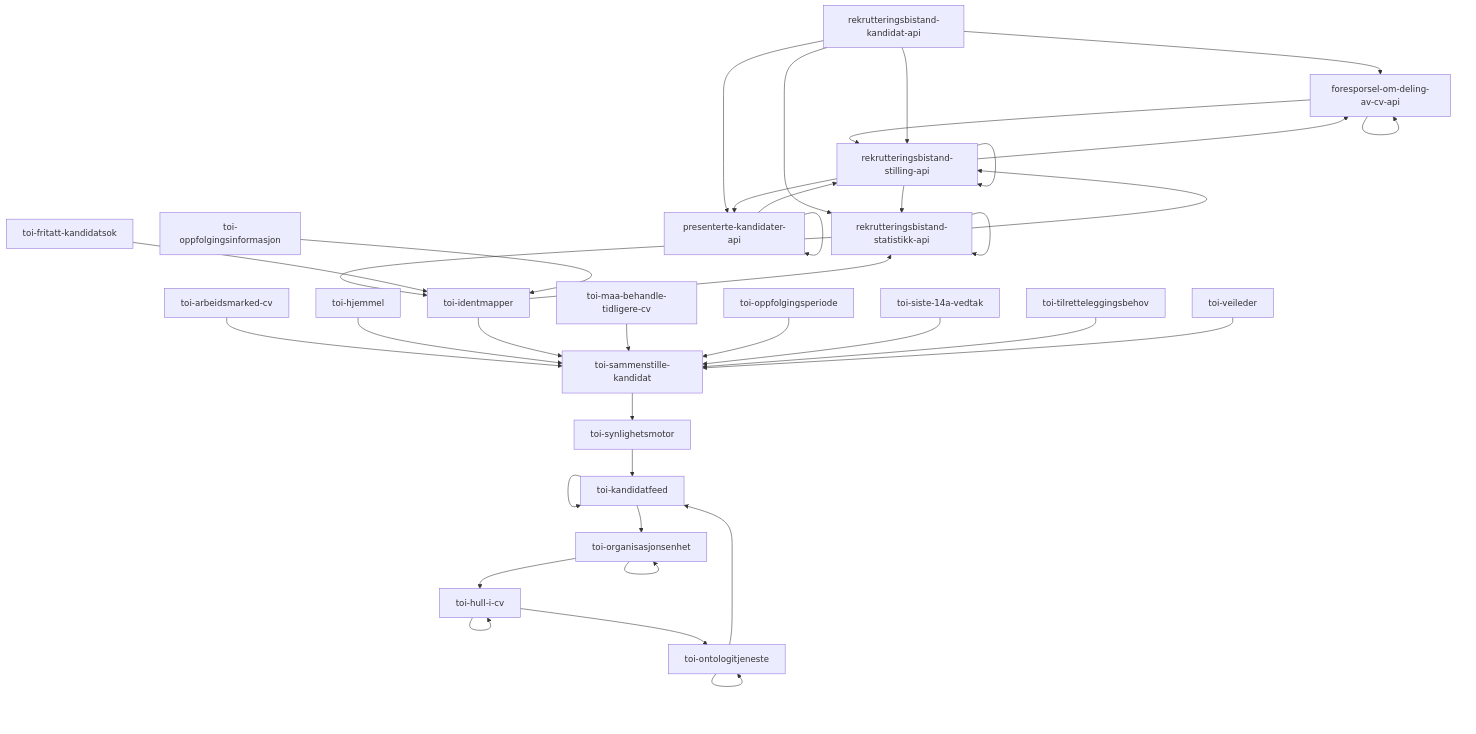
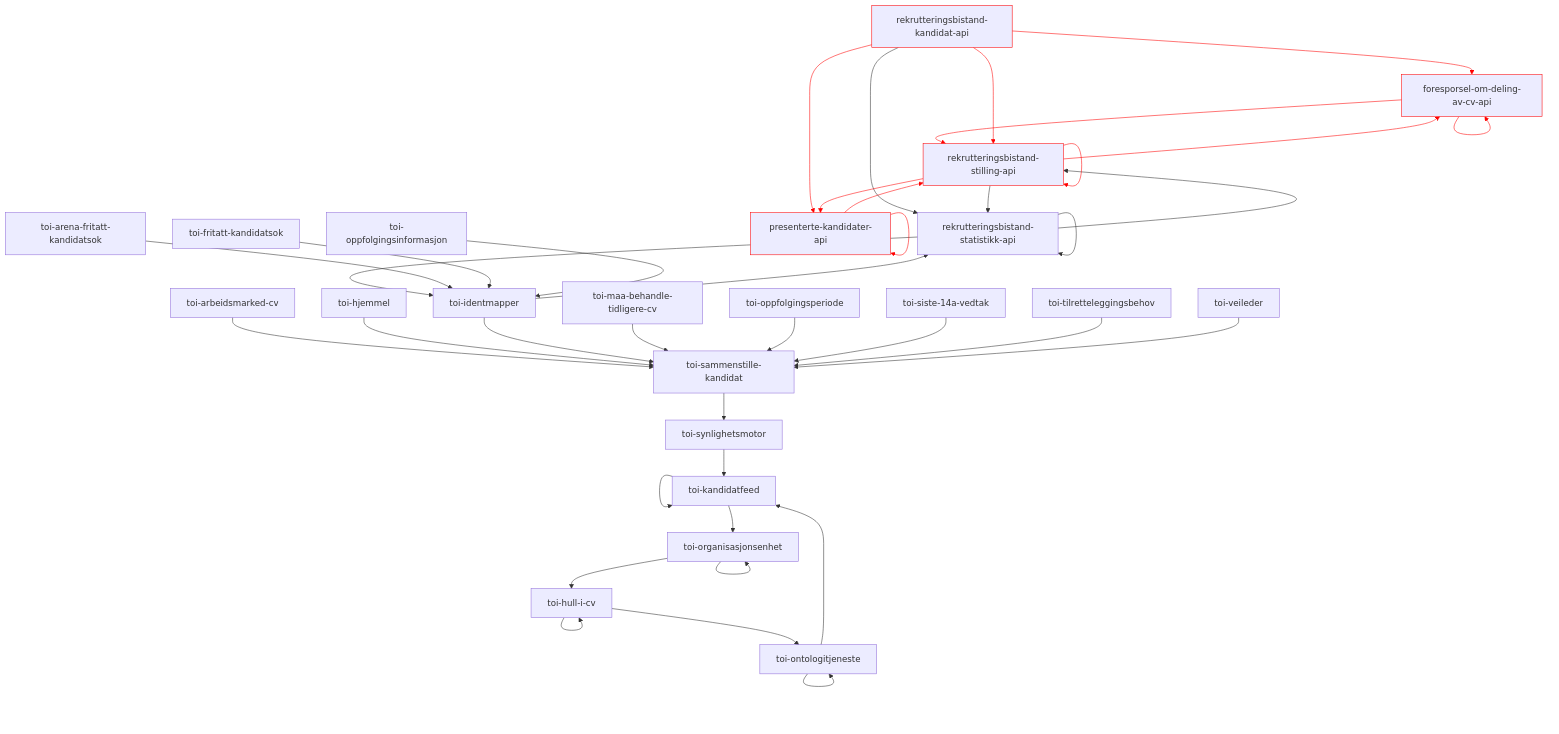
The tenth of 24 diagrams in README.md (navikt/toi-rapids-and-rivers-grapher), drawn with Mermaid before and after one commit. The commit also changed other lines of this file, not shown here.

````diff
--- a/README.md
+++ b/README.md
@@ -412,41 +423,43 @@
 ```mermaid
 graph TD;
-foresporsel-om-deling-av-cv-api --> foresporsel-om-deling-av-cv-api;
-foresporsel-om-deling-av-cv-api --> rekrutteringsbistand-stilling-api;
-presenterte-kandidater-api --> presenterte-kandidater-api;
-presenterte-kandidater-api --> rekrutteringsbistand-stilling-api;
-rekrutteringsbistand-kandidat-api --> foresporsel-om-deling-av-cv-api;
-rekrutteringsbistand-kandidat-api --> presenterte-kandidater-api;
+foresporsel-om-deling-av-cv-api:::x --> foresporsel-om-deling-av-cv-api:::x;
+foresporsel-om-deling-av-cv-api:::x --> rekrutteringsbistand-stilling-api:::x;
+presenterte-kandidater-api:::x --> presenterte-kandidater-api:::x;
+presenterte-kandidater-api:::x --> rekrutteringsbistand-stilling-api:::x;
+rekrutteringsbistand-kandidat-api:::x --> foresporsel-om-deling-av-cv-api:::x;
+rekrutteringsbistand-kandidat-api:::x --> presenterte-kandidater-api:::x;
 rekrutteringsbistand-kandidat-api --> rekrutteringsbistand-statistikk-api;
-rekrutteringsbistand-kandidat-api --> rekrutteringsbistand-stilling-api;
+rekrutteringsbistand-kandidat-api:::x --> rekrutteringsbistand-stilling-api:::x;
 rekrutteringsbistand-statistikk-api --> rekrutteringsbistand-statistikk-api;
 rekrutteringsbistand-statistikk-api --> rekrutteringsbistand-stilling-api;
 rekrutteringsbistand-statistikk-api --> toi-identmapper;
-rekrutteringsbistand-stilling-api --> foresporsel-om-deling-av-cv-api;
-rekrutteringsbistand-stilling-api --> presenterte-kandidater-api;
+rekrutteringsbistand-stilling-api:::x --> foresporsel-om-deling-av-cv-api:::x;
+rekrutteringsbistand-stilling-api:::x --> presenterte-kandidater-api:::x;
 rekrutteringsbistand-stilling-api --> rekrutteringsbistand-statistikk-api;
-rekrutteringsbistand-stilling-api --> rekrutteringsbistand-stilling-api;
+rekrutteringsbistand-stilling-api:::x --> rekrutteringsbistand-stilling-api:::x;
 toi-arbeidsmarked-cv --> toi-sammenstille-kandidat;
+toi-arena-fritatt-kandidatsok --> toi-identmapper;
 toi-fritatt-kandidatsok --> toi-identmapper;
 toi-hjemmel --> toi-sammenstille-kandidat;
 toi-hull-i-cv --> toi-hull-i-cv;
 toi-hull-i-cv --> toi-ontologitjeneste;
 toi-identmapper --> rekrutteringsbistand-statistikk-api;
 toi-identmapper --> toi-sammenstille-kandidat;
 toi-kandidatfeed --> toi-kandidatfeed;
 toi-kandidatfeed --> toi-organisasjonsenhet;
 toi-maa-behandle-tidligere-cv --> toi-sammenstille-kandidat;
 toi-ontologitjeneste --> toi-kandidatfeed;
 toi-ontologitjeneste --> toi-ontologitjeneste;
 toi-oppfolgingsinformasjon --> toi-identmapper;
 toi-oppfolgingsperiode --> toi-sammenstille-kandidat;
 toi-organisasjonsenhet --> toi-hull-i-cv;
 toi-organisasjonsenhet --> toi-organisasjonsenhet;
 toi-sammenstille-kandidat --> toi-synlighetsmotor;
 toi-siste-14a-vedtak --> toi-sammenstille-kandidat;
 toi-synlighetsmotor --> toi-kandidatfeed;
 toi-tilretteleggingsbehov --> toi-sammenstille-kandidat;
 toi-veileder --> toi-sammenstille-kandidat;
 
-
+linkStyle 0,1,2,3,4,5,7,11,12,14 stroke:red;
+classDef x stroke: red;
 ```
````
